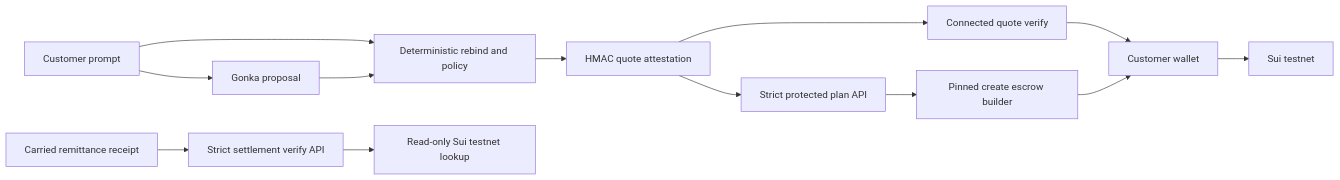
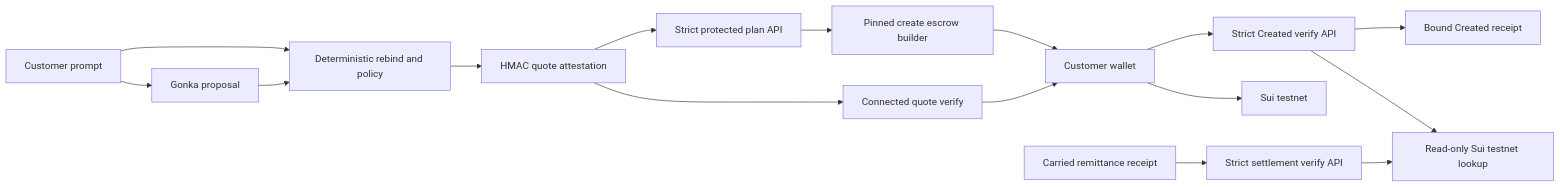
One commit to MUBA-Hack/convey-sui changed the second of 4 diagrams in README.md. Above: the diagram before and after it, drawn with Mermaid. The commit also changed other lines of this file and 28 other files, not shown here.

````diff
--- a/README.md
+++ b/README.md
@@ -502,22 +518,26 @@
 ```mermaid
 flowchart LR
   Prompt["Customer prompt"]
   Gonka["Gonka proposal"]
   Resolve["Deterministic rebind and policy"]
   Hmac["HMAC quote attestation"]
   Verify["Connected quote verify"]
   ProtectedPlan["Strict protected plan API"]
   ProtectedBuild["Pinned create escrow builder"]
   Wallet["Customer wallet"]
   Sui["Sui testnet"]
+  CreatedVerifyAPI["Strict Created verify API"]
+  CreatedReceipt["Bound Created receipt"]
   CarriedReceipt["Carried remittance receipt"]
   SettlementVerifyAPI["Strict settlement verify API"]
   SuiRead["Read-only Sui testnet lookup"]
 
   Prompt --> Gonka
   Prompt --> Resolve
   Gonka --> Resolve
   Resolve --> Hmac --> Verify --> Wallet --> Sui
   Hmac --> ProtectedPlan --> ProtectedBuild --> Wallet
+  Wallet --> CreatedVerifyAPI --> SuiRead
+  CreatedVerifyAPI --> CreatedReceipt
   CarriedReceipt --> SettlementVerifyAPI --> SuiRead
 ```
````
